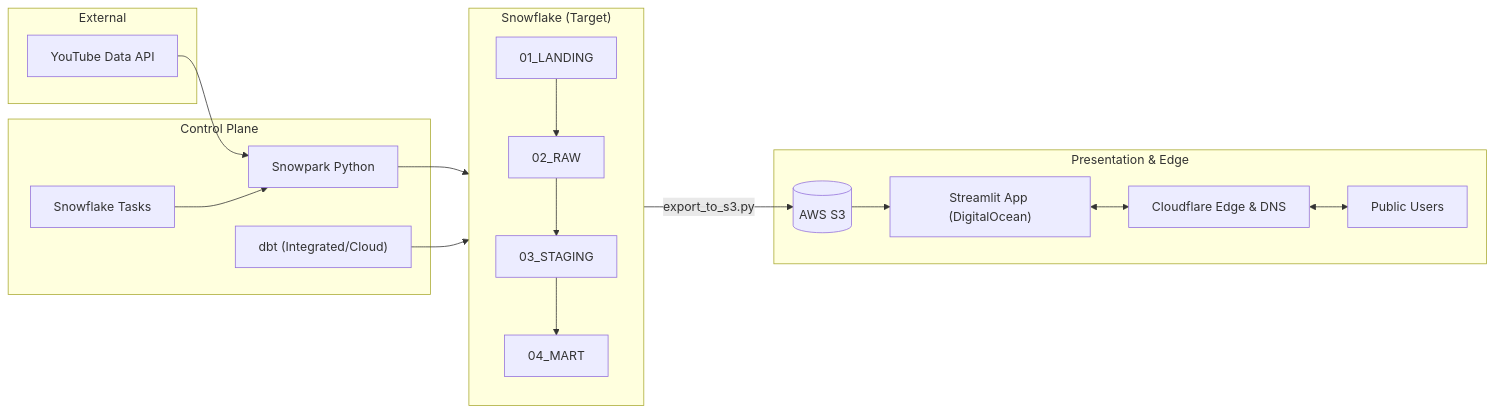
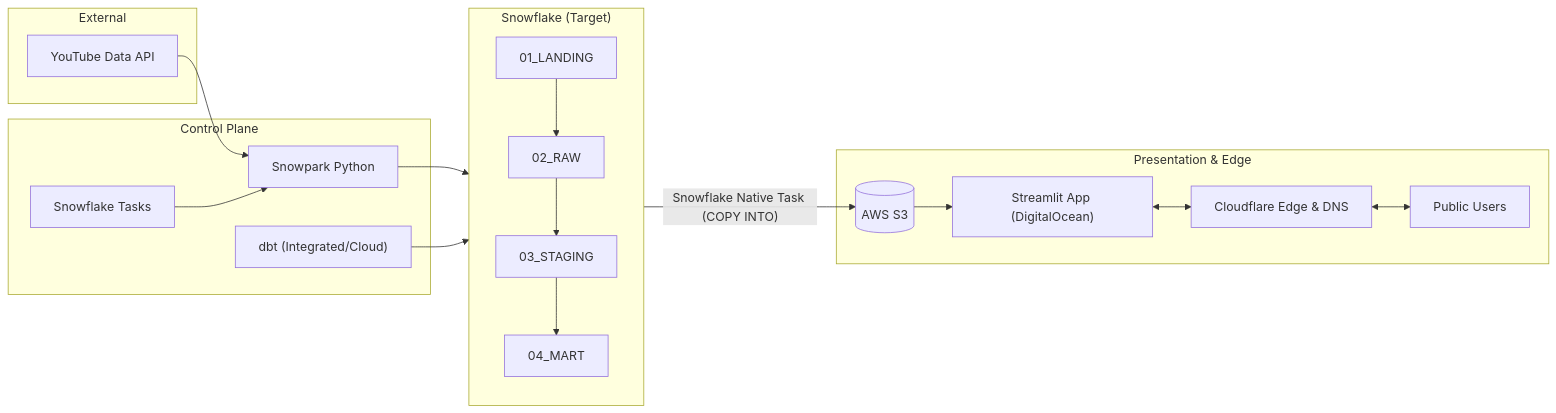
Before and after one commit to Matu94/YT-SF-Agentic: the diagram in README.md, drawn with Mermaid. The commit also changed other lines of this file and 8 other files, not shown here.

````diff
--- a/README.md
+++ b/README.md
@@ -16,32 +16,32 @@
 ```mermaid
 graph LR
     subgraph "External"
         API["YouTube Data API"]
     end
 
     subgraph "Snowflake (Target)"
         direction TB
         L["01_LANDING"] --> R["02_RAW"]
         R --> S["03_STAGING"]
         S --> M["04_MART"]
     end
 
     subgraph "Control Plane"
         API --> SP["Snowpark Python"]
         Tasks["Snowflake Tasks"] --> SP
         SP --> L
         dbt["dbt (Integrated/Cloud)"] --> S
     end
 
     subgraph "Presentation & Edge"
         S3[("AWS S3")]
         ST["Streamlit App (DigitalOcean)"]
         CF["Cloudflare Edge & DNS"]
         User["Public Users"]
     end
 
-    M -->|"export_to_s3.py"| S3
+    M -->|"Snowflake Native Task (COPY INTO)"| S3
     S3 --> ST
     ST <--> CF
     CF <--> User
 ```
````
